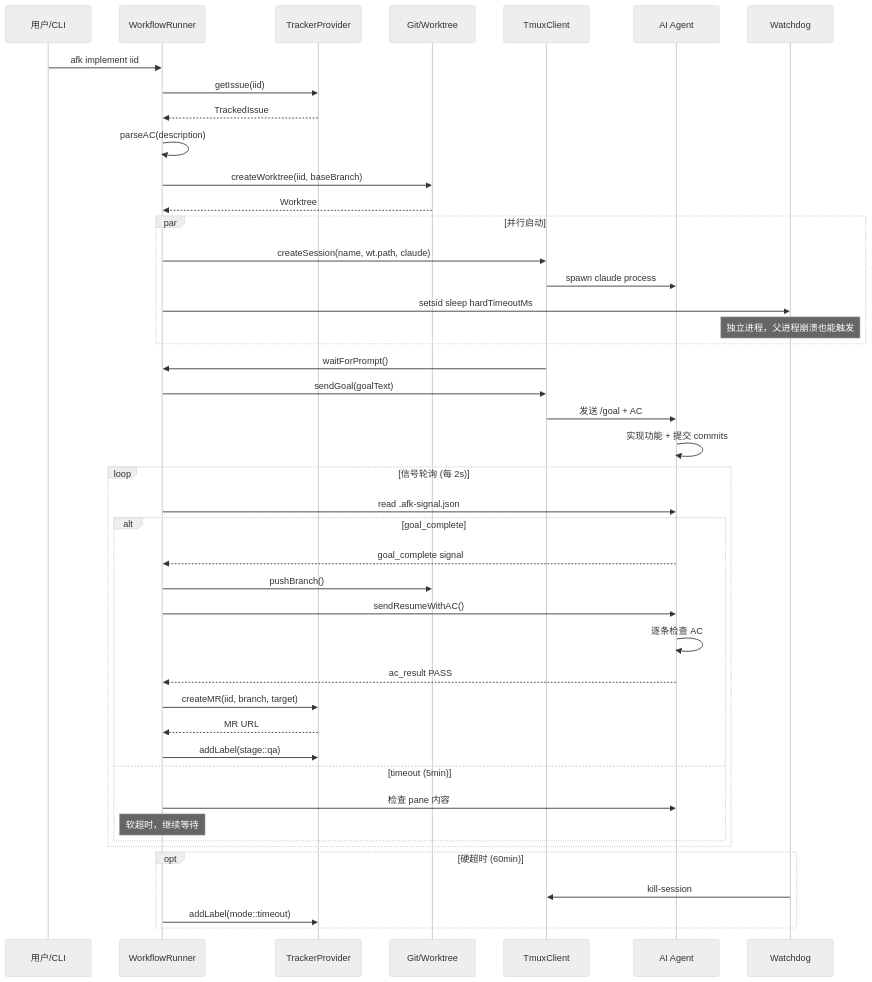
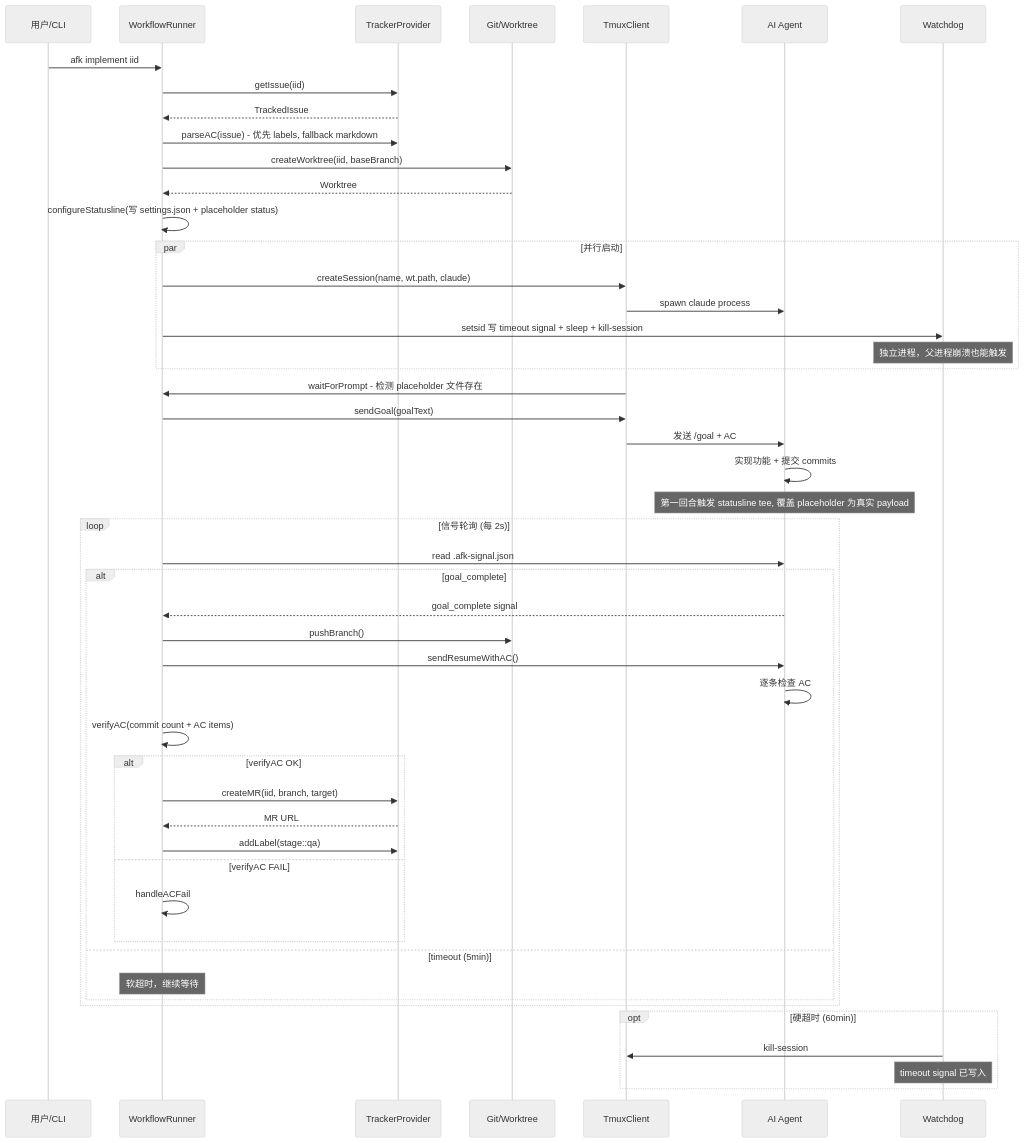
Before and after one commit to easyhaloo/afk: the seventh of 11 diagrams in docs/ARCHITECTURE.md, drawn with Mermaid (neutral theme). The commit also changed other lines of this file, not shown here.

First line of the commit message:
docs: 同步 ARCHITECTURE.md 反映全部重构

````diff
--- a/docs/ARCHITECTURE.md
+++ b/docs/ARCHITECTURE.md
@@ -352,53 +384,59 @@
 ```mermaid
 sequenceDiagram
     participant U as 用户/CLI
     participant W as WorkflowRunner
     participant T as TrackerProvider
     participant G as Git/Worktree
     participant M as TmuxClient
     participant A as AI Agent
     participant Wd as Watchdog
 
     U->>W: afk implement iid
     W->>T: getIssue(iid)
     T-->>W: TrackedIssue
-    W->>W: parseAC(description)
+    W->>T: parseAC(issue) - 优先 labels, fallback markdown
 
     W->>G: createWorktree(iid, baseBranch)
     G-->>W: Worktree
 
+    W->>W: configureStatusline(写 settings.json + placeholder status)
+
     par 并行启动
         W->>M: createSession(name, wt.path, claude)
         M->>A: spawn claude process
-        W->>Wd: setsid sleep hardTimeoutMs
+        W->>Wd: setsid 写 timeout signal + sleep + kill-session
         Note over Wd: 独立进程，父进程崩溃也能触发
     end
 
-    M->>W: waitForPrompt()
+    M->>W: waitForPrompt - 检测 placeholder 文件存在
     W->>M: sendGoal(goalText)
     M->>A: 发送 /goal + AC
 
     A->>A: 实现功能 + 提交 commits
+    Note over A: 第一回合触发 statusline tee, 覆盖 placeholder 为真实 payload
 
     loop 信号轮询 (每 2s)
         W->>A: read .afk-signal.json
         alt goal_complete
             A-->>W: goal_complete signal
             W->>G: pushBranch()
             W->>A: sendResumeWithAC()
             A->>A: 逐条检查 AC
-            A-->>W: ac_result PASS
-            W->>T: createMR(iid, branch, target)
-            T-->>W: MR URL
-            W->>T: addLabel(stage::qa)
+            W->>W: verifyAC(commit count + AC items)
+            alt verifyAC OK
+                W->>T: createMR(iid, branch, target)
+                T-->>W: MR URL
+                W->>T: addLabel(stage::qa)
+            else verifyAC FAIL
+                W->>W: handleACFail
+            end
         else timeout (5min)
-            W->>A: 检查 pane 内容
             Note over W: 软超时，继续等待
         end
     end
 
     opt 硬超时 (60min)
         Wd->>M: kill-session
-        W->>T: addLabel(mode::timeout)
+        Note over Wd: timeout signal 已写入
     end
 ```
````
